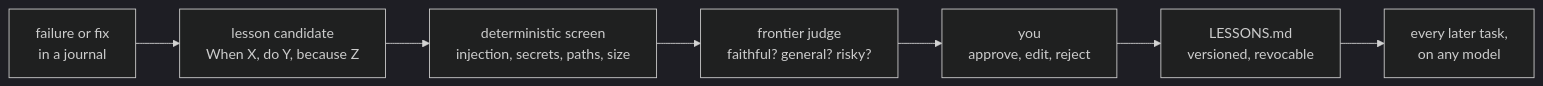
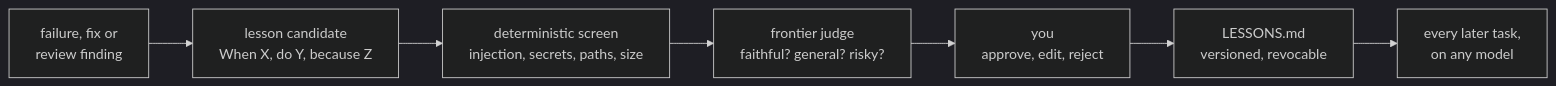
Before and after one commit to edwinidrus/dragonhoard: the second of 3 diagrams in README.md, drawn with Mermaid (dark theme). The commit also changed other lines of this file, not shown here.

````diff
--- a/README.md
+++ b/README.md
@@ -82,9 +122,9 @@
 ```mermaid
 flowchart LR
-  F["failure or fix<br/>in a journal"] --> C["lesson candidate<br/>When X, do Y, because Z"]
+  F["failure, fix or<br/>review finding"] --> C["lesson candidate<br/>When X, do Y, because Z"]
   C --> S["deterministic screen<br/>injection, secrets, paths, size"]
   S --> J["frontier judge<br/>faithful? general? risky?"]
   J --> O["you<br/>approve, edit, reject"]
   O --> L["LESSONS.md<br/>versioned, revocable"]
   L --> N["every later task,<br/>on any model"]
 ```
````
